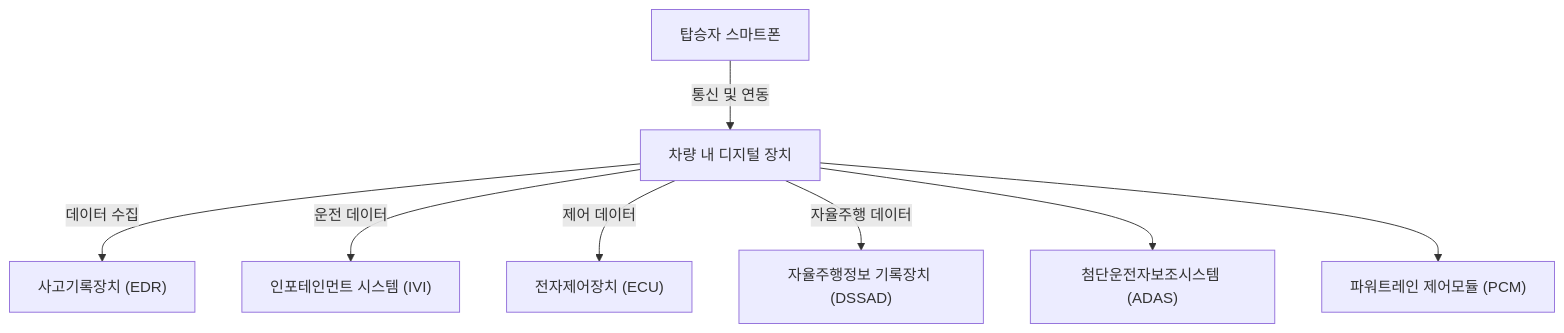
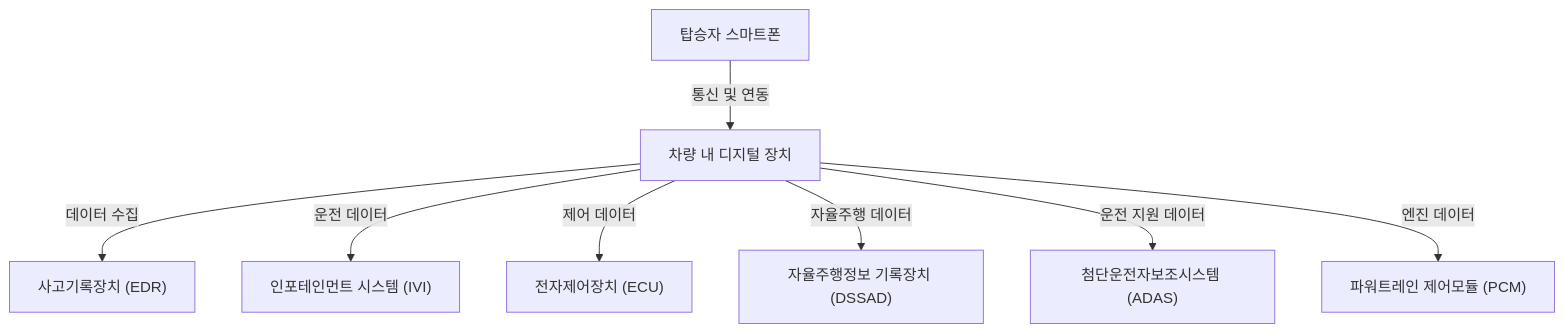
The diagram in blog/pe/sec/vehicle-digital-forensics.md (gracefullight/gracefullight.github.io), drawn with Mermaid before and after one commit.

Commit message:
docs(pe): 📚️ vehicle digital forensics

````diff
--- a/blog/pe/sec/vehicle-digital-forensics.md
+++ b/blog/pe/sec/vehicle-digital-forensics.md
@@ -21,17 +21,17 @@
 ```mermaid
 graph TB
   차량["차량 내 디지털 장치"]
   EDR["사고기록장치 (EDR)"]
   IVI["인포테인먼트 시스템 (IVI)"]
   ECU["전자제어장치 (ECU)"]
   DSSAD["자율주행정보 기록장치 (DSSAD)"]
   스마트폰["탑승자 스마트폰"]
 
   차량 -->|데이터 수집| EDR
   차량 -->|운전 데이터| IVI
   차량 -->|제어 데이터| ECU
   차량 -->|자율주행 데이터| DSSAD
-  차량 --> ADAS["첨단운전자보조시스템 (ADAS)"]
-  차량 --> PCM["파워트레인 제어모듈 (PCM)"]
+  차량 -->|운전 지원 데이터| ADAS["첨단운전자보조시스템 (ADAS)"]
+  차량 -->|엔진 데이터| PCM["파워트레인 제어모듈 (PCM)"]
   스마트폰 -->|통신 및 연동| 차량
 ```
````
